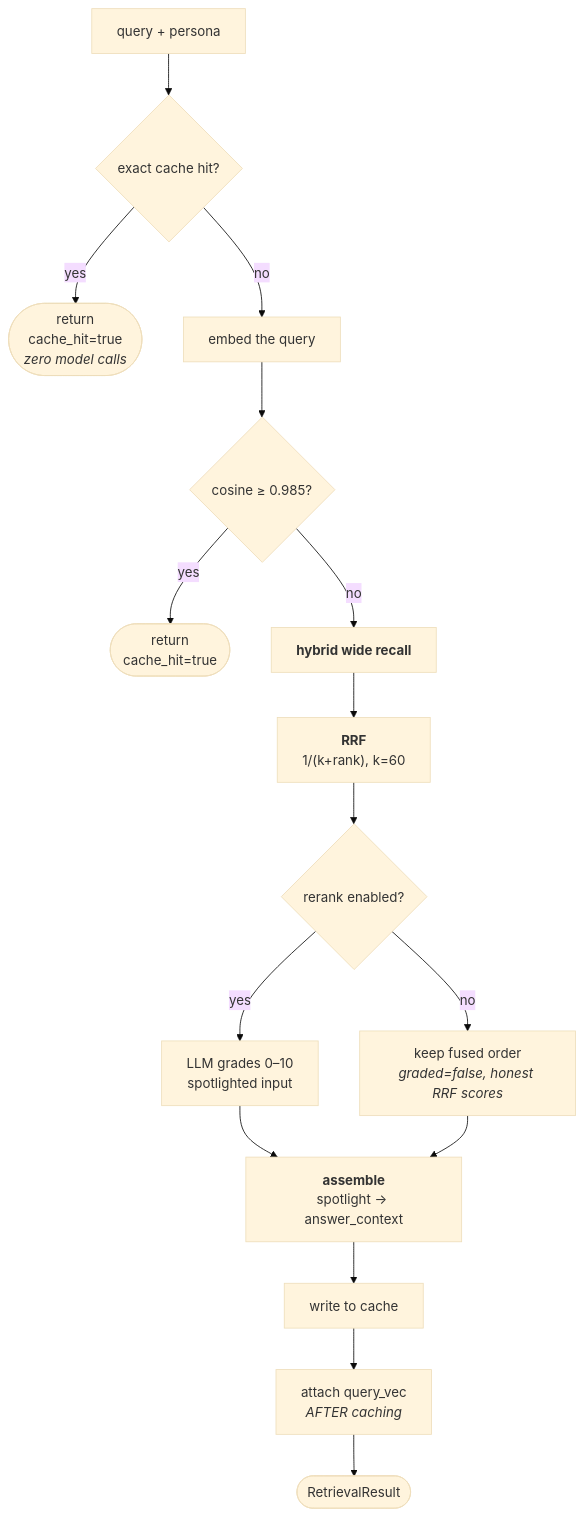
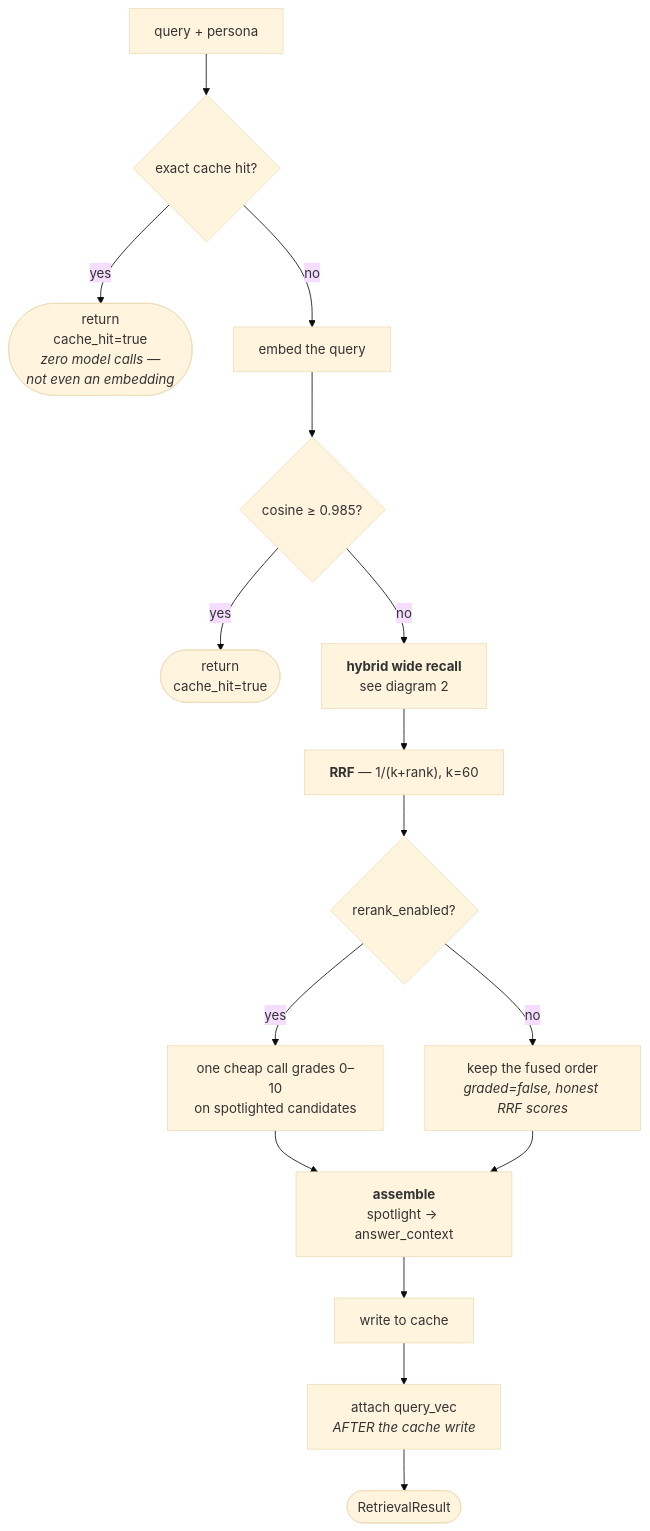
Before and after one commit to yrevash/aegis: the first of 5 diagrams in docs/teaching/retrieval/40-diagrams.md, drawn with Mermaid (base theme). The commit also changed other lines of this file and 111 other files, not shown here.

````diff
--- a/docs/teaching/retrieval/40-diagrams.md
+++ b/docs/teaching/retrieval/40-diagrams.md
@@ -10,21 +16,21 @@
 ```mermaid
 flowchart TB
     Q["query + persona"] --> EX{"exact cache hit?"}
-    EX -->|yes| CH([return<br/>cache_hit=true<br/><i>zero model calls</i>])
+    EX -->|yes| CH([return<br/>cache_hit=true<br/><i>zero model calls —<br/>not even an embedding</i>])
     EX -->|no| EMB["embed the query"]
 
     EMB --> SEM{"cosine ≥ 0.985?"}
     SEM -->|yes| CH2([return<br/>cache_hit=true])
-    SEM -->|no| REC["<b>hybrid wide recall</b>"]
+    SEM -->|no| REC["<b>hybrid wide recall</b><br/>see diagram 2"]
 
-    REC --> FUSE["<b>RRF</b><br/>1/(k+rank), k=60"]
-    FUSE --> RR{"rerank enabled?"}
-    RR -->|yes| RERANK["LLM grades 0–10<br/>spotlighted input"]
-    RR -->|no| KEEP["keep fused order<br/><i>graded=false, honest RRF scores</i>"]
+    REC --> FUSE["<b>RRF</b> — 1/(k+rank), k=60"]
+    FUSE --> RR{"rerank_enabled?"}
+    RR -->|yes| RERANK["one cheap call grades 0–10<br/>on spotlighted candidates"]
+    RR -->|no| KEEP["keep the fused order<br/><i>graded=false, honest RRF scores</i>"]
 
     RERANK --> ASM
     KEEP --> ASM["<b>assemble</b><br/>spotlight → answer_context"]
     ASM --> WRITE["write to cache"]
-    WRITE --> ATTACH["attach query_vec<br/><i>AFTER caching</i>"]
+    WRITE --> ATTACH["attach query_vec<br/><i>AFTER the cache write</i>"]
     ATTACH --> OUT([RetrievalResult])
 ```
````
